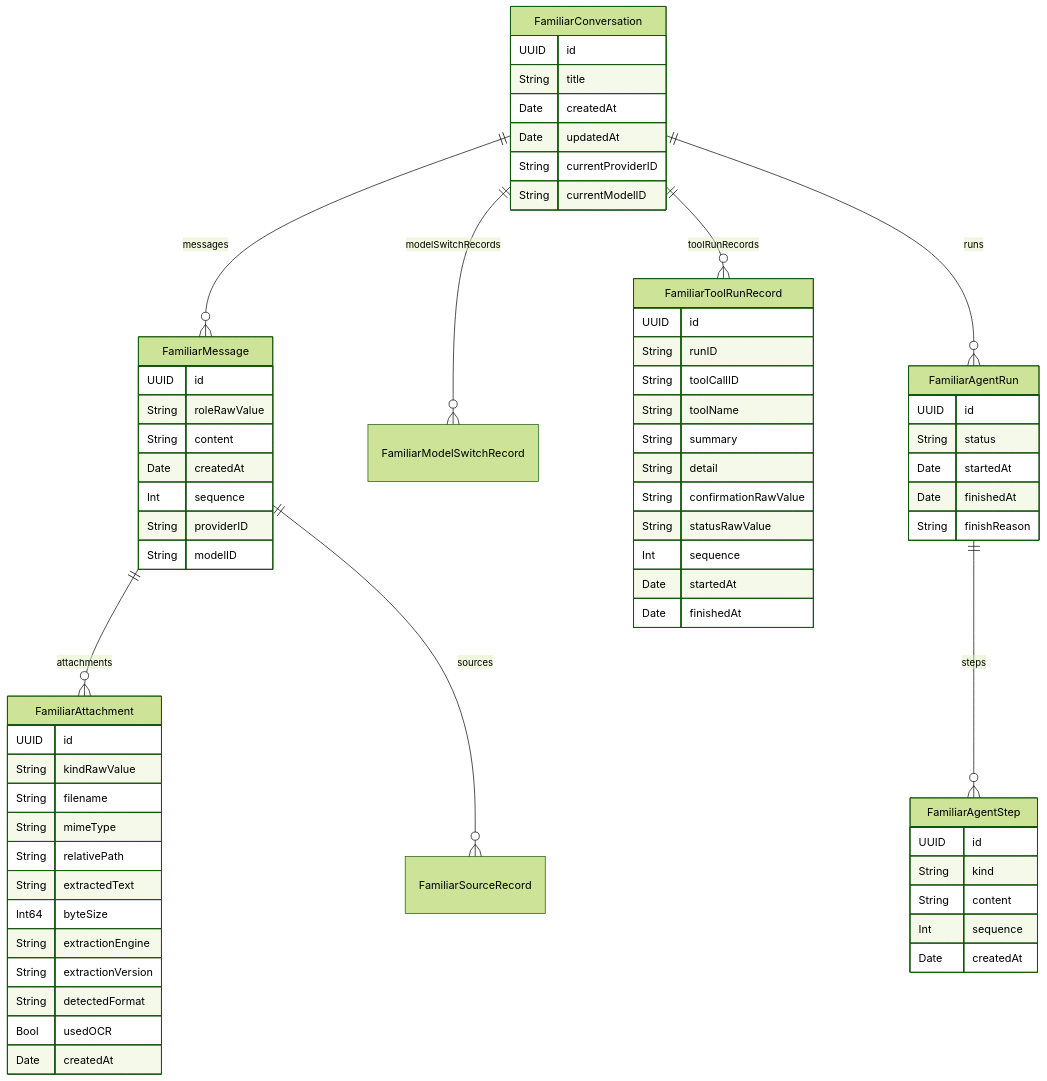
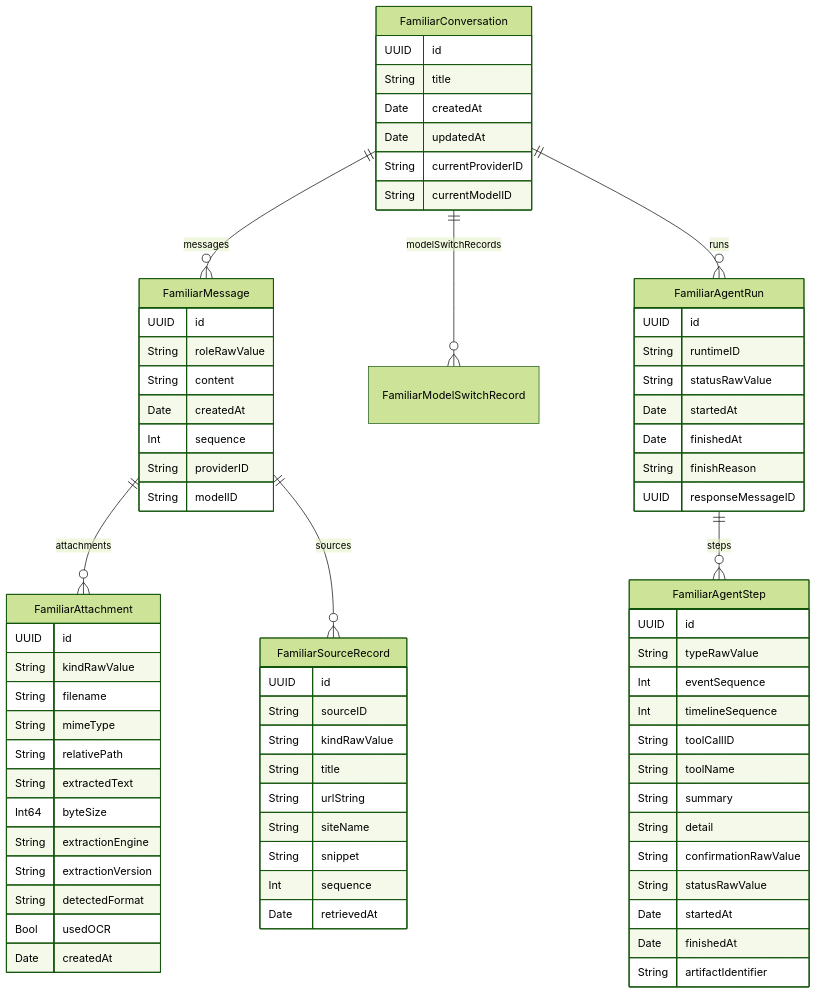
The diagram in Docs/05-local-data-and-privacy.md (IsaacHuo/Familiar), drawn with Mermaid (forest theme) before and after one commit. The commit also changed other lines of this file and 49 other files, not shown here.

````diff
--- a/Docs/05-local-data-and-privacy.md
+++ b/Docs/05-local-data-and-privacy.md
@@ -55,69 +55,76 @@
 ```mermaid
 erDiagram
     FamiliarConversation ||--o{ FamiliarMessage : messages
     FamiliarConversation ||--o{ FamiliarModelSwitchRecord : modelSwitchRecords
-    FamiliarConversation ||--o{ FamiliarToolRunRecord : toolRunRecords
     FamiliarConversation ||--o{ FamiliarAgentRun : runs
     FamiliarAgentRun ||--o{ FamiliarAgentStep : steps
     FamiliarMessage ||--o{ FamiliarAttachment : attachments
     FamiliarMessage ||--o{ FamiliarSourceRecord : sources
 
     FamiliarConversation {
         UUID id
         String title
         Date createdAt
         Date updatedAt
         String currentProviderID
         String currentModelID
     }
     FamiliarMessage {
         UUID id
         String roleRawValue
         String content
         Date createdAt
         Int sequence
         String providerID
         String modelID
     }
     FamiliarAttachment {
         UUID id
         String kindRawValue
         String filename
         String mimeType
         String relativePath
         String extractedText
         Int64 byteSize
         String extractionEngine
         String extractionVersion
         String detectedFormat
         Bool usedOCR
         Date createdAt
     }
-    FamiliarToolRunRecord {
+    FamiliarSourceRecord {
         UUID id
-        String runID
+        String sourceID
+        String kindRawValue
+        String title
+        String urlString
+        String siteName
+        String snippet
+        Int sequence
+        Date retrievedAt
+    }
+    FamiliarAgentRun {
+        UUID id
+        String runtimeID
+        String statusRawValue
+        Date startedAt
+        Date finishedAt
+        String finishReason
+        UUID responseMessageID
+    }
+    FamiliarAgentStep {
+        UUID id
+        String typeRawValue
+        Int eventSequence
+        Int timelineSequence
         String toolCallID
         String toolName
         String summary
         String detail
         String confirmationRawValue
         String statusRawValue
-        Int sequence
         Date startedAt
         Date finishedAt
-    }
-    FamiliarAgentRun {
-        UUID id
-        String status
-        Date startedAt
-        Date finishedAt
-        String finishReason
-    }
-    FamiliarAgentStep {
-        UUID id
-        String kind
-        String content
-        Int sequence
-        Date createdAt
+        String artifactIdentifier
     }
 ```
````
